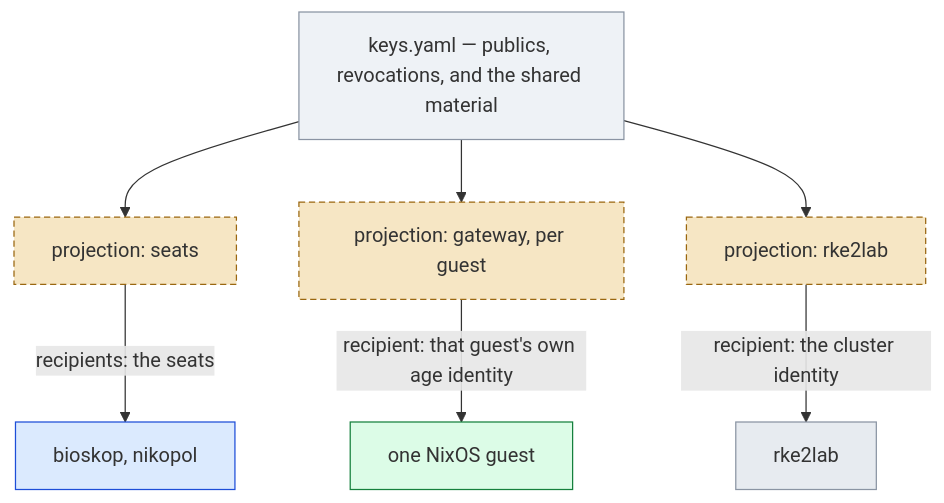
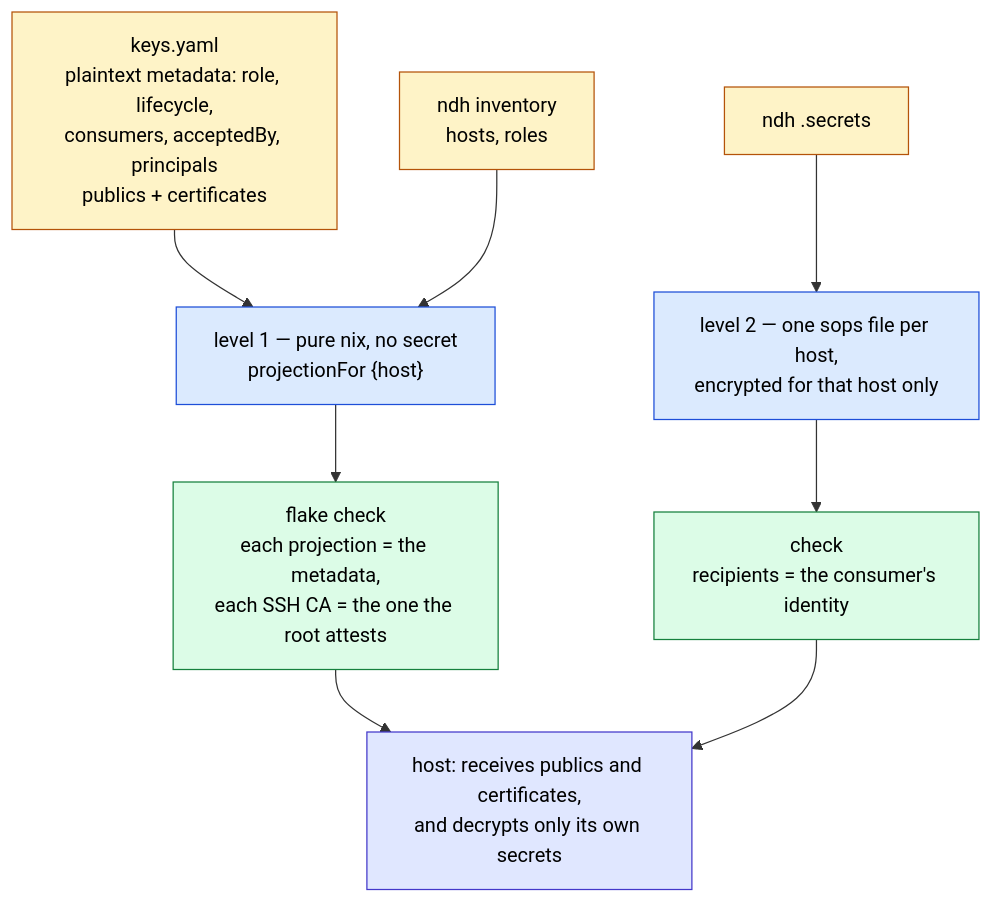
Before and after one commit to seedmatic/ndh: the fourth of 4 diagrams in docs/ssh-keys-architecture.adoc, drawn with Mermaid. The commit also changed other lines of this file and 4 other files, not shown here.

First line of the commit message:
docs(ssh-keys): the roles × keys page — one root, two delegations, effort by lifecycle

```diff
--- a/docs/ssh-keys-architecture.adoc
+++ b/docs/ssh-keys-architecture.adoc
@@ -183,17 +477,22 @@
 [mermaid]
 ....
 flowchart TB
-  src["keys.yaml — publics, revocations, and the shared material"]:::plain
-  src --> pSeat["projection: seats"]:::secret
-  src --> pGw["projection: gateway, per guest"]:::secret
-  src --> pRke["projection: rke2lab"]:::secret
-  pSeat -->|"recipients: the seats"| s["bioskop, nikopol"]:::seat
-  pGw -->|"recipient: that guest's own age identity"| g["one NixOS guest"]:::gw
-  pRke -->|"recipient: the cluster identity"| r["rke2lab"]:::ext
+  classDef src fill:#fef3c7,stroke:#b45309,color:#000
+  classDef nix fill:#dbeafe,stroke:#1d4ed8,color:#000
+  classDef chk fill:#dcfce7,stroke:#15803d,color:#000
+  classDef host fill:#e0e7ff,stroke:#4338ca,color:#000
 
-  classDef plain fill:#eef2f6,stroke:#8a94a3;
-  classDef secret fill:#f6e6c4,stroke:#9a6710,stroke-dasharray:5 3;
-  classDef seat fill:#dbeafe,stroke:#1d4ed8;
-  classDef gw fill:#dcfce7,stroke:#15803d;
-  classDef ext fill:#e7ebf0,stroke:#8a94a3;
+  M["keys.yaml<br/>plaintext metadata: role, lifecycle,<br/>consumers, acceptedBy, principals<br/>publics + certificates"]:::src
+  INV["ndh inventory<br/>hosts, roles"]:::src
+  P1["level 1 — pure nix, no secret<br/>projectionFor {host}"]:::nix
+  C1["flake check<br/>each projection = the metadata,<br/>each SSH CA = the one the root attests"]:::chk
+  SEC["ndh .secrets"]:::src
+  P2["level 2 — one sops file per host,<br/>encrypted for that host only"]:::nix
+  C2["check<br/>recipients = the consumer's identity"]:::chk
+  H["host: receives publics and certificates,<br/>and decrypts only its own secrets"]:::host
+
+  M --> P1
+  INV --> P1
+  P1 --> C1 --> H
+  SEC --> P2 --> C2 --> H
 ....
```
